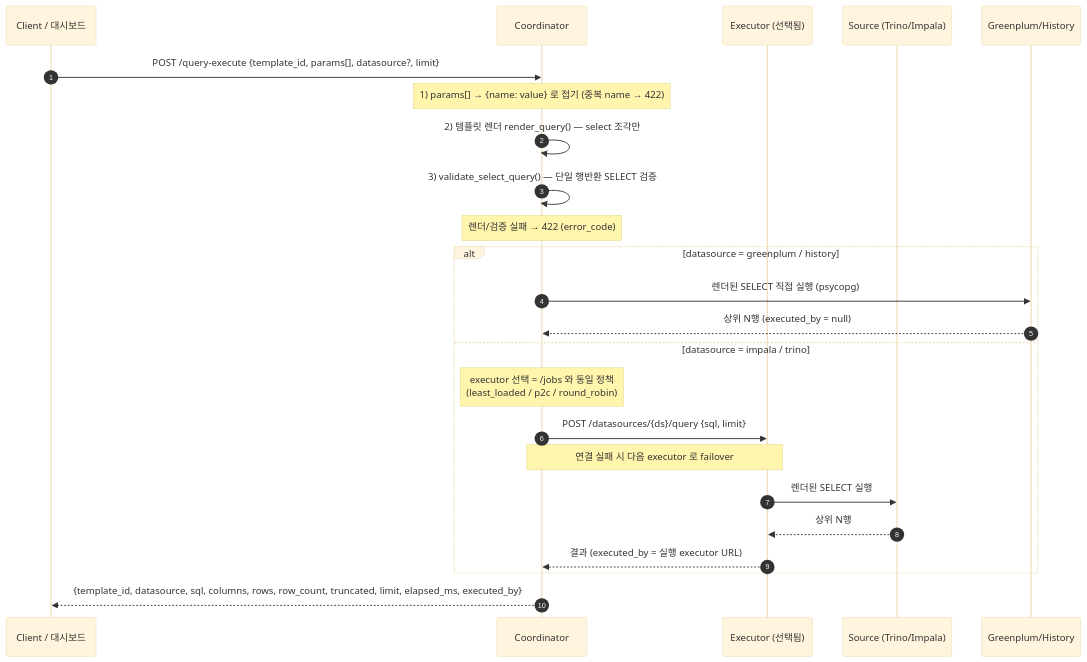
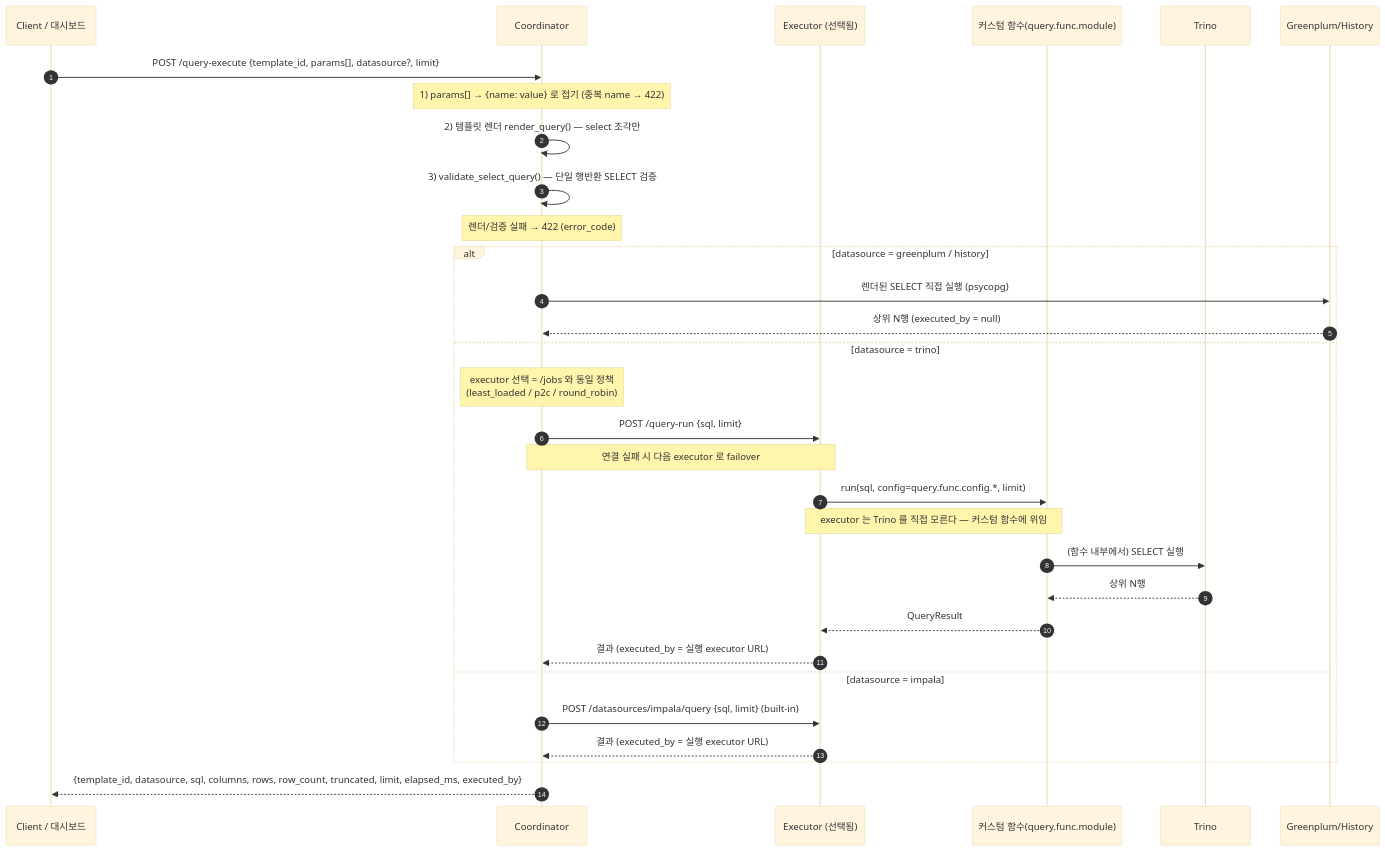
Before and after one commit to DataDynamics/distributed-query-executor: the diagram in QUERY.md, drawn with Mermaid (base theme). The commit also changed other lines of this file and 12 other files, not shown here.

First line of the commit message:
query-execute trino 실행을 커스텀 함수 위임으로 전환(직접 접속 제거)

````diff
--- a/QUERY.md
+++ b/QUERY.md
@@ -16,28 +16,35 @@
 ```mermaid
 sequenceDiagram
     autonumber
     participant C as Client / 대시보드
     participant CO as Coordinator
     participant EX as Executor (선택됨)
-    participant SRC as Source (Trino/Impala)
+    participant FN as 커스텀 함수(query.func.module)
+    participant SRC as Trino
     participant GP as Greenplum/History
 
     C->>CO: POST /query-execute {template_id, params[], datasource?, limit}
     Note over CO: 1) params[] → {name: value} 로 접기 (중복 name → 422)
     CO->>CO: 2) 템플릿 렌더 render_query() — select 조각만
     CO->>CO: 3) validate_select_query() — 단일 행반환 SELECT 검증
     Note over CO: 렌더/검증 실패 → 422 (error_code)
 
     alt datasource = greenplum / history
         CO->>GP: 렌더된 SELECT 직접 실행 (psycopg)
         GP-->>CO: 상위 N행 (executed_by = null)
-    else datasource = impala / trino
+    else datasource = trino
         Note over CO: executor 선택 = /jobs 와 동일 정책<br/>(least_loaded / p2c / round_robin)
-        CO->>EX: POST /datasources/{ds}/query {sql, limit}
+        CO->>EX: POST /query-run {sql, limit}
         Note over CO,EX: 연결 실패 시 다음 executor 로 failover
-        EX->>SRC: 렌더된 SELECT 실행
-        SRC-->>EX: 상위 N행
+        EX->>FN: run(sql, config=query.func.config.*, limit)
+        Note over EX,FN: executor 는 Trino 를 직접 모른다 — 커스텀 함수에 위임
+        FN->>SRC: (함수 내부에서) SELECT 실행
+        SRC-->>FN: 상위 N행
+        FN-->>EX: QueryResult
+        EX-->>CO: 결과 (executed_by = 실행 executor URL)
+    else datasource = impala
+        CO->>EX: POST /datasources/impala/query {sql, limit}  (built-in)
         EX-->>CO: 결과 (executed_by = 실행 executor URL)
     end
     CO-->>C: {template_id, datasource, sql, columns, rows, row_count, truncated, limit, elapsed_ms, executed_by}
 ```
````
